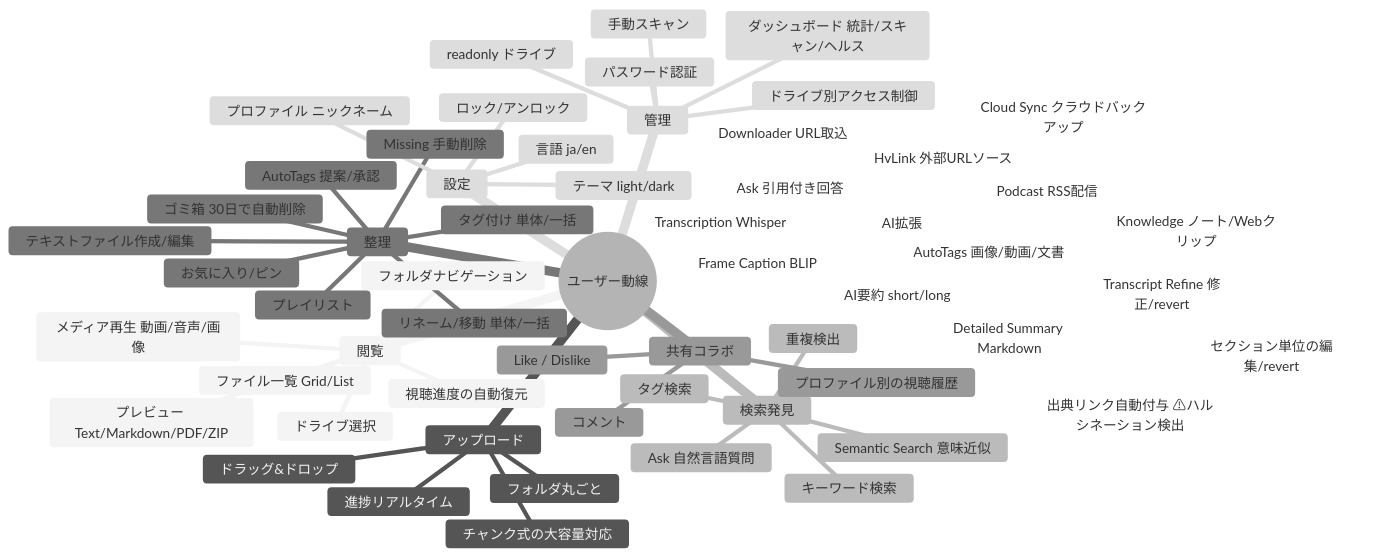
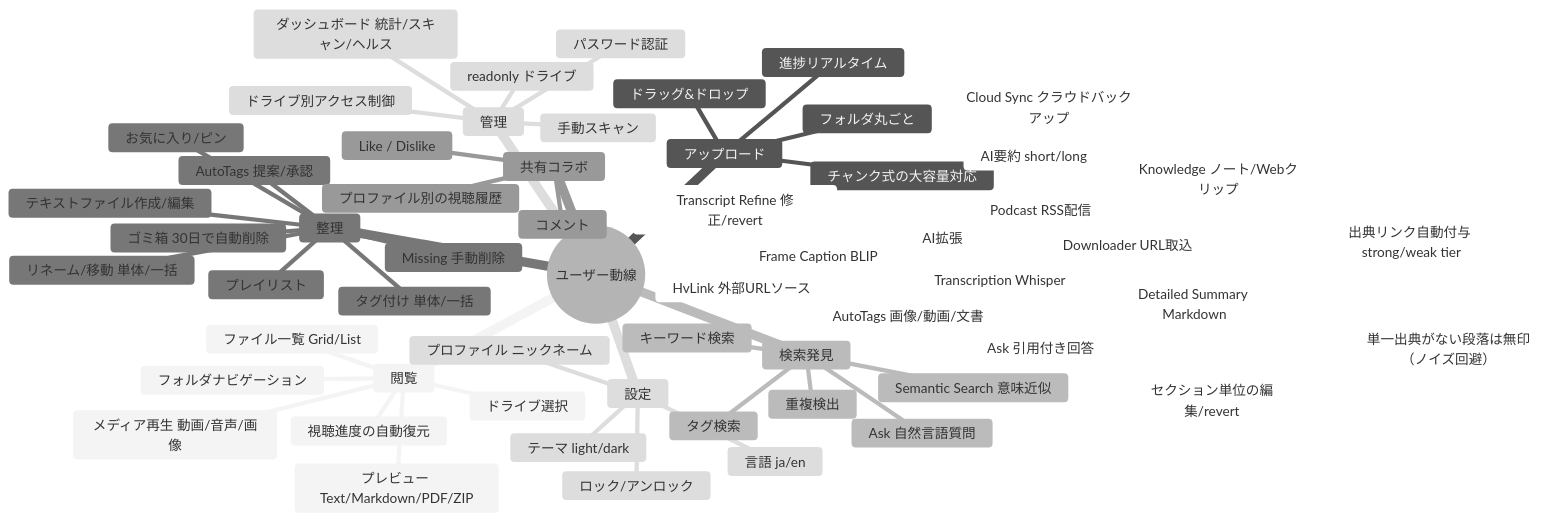
One commit to mamepenguin/Litloft changed the second of 6 diagrams in docs/FEATURE-MAP.md. Above: the diagram before and after it, drawn with Mermaid (neutral theme). The commit also changed 4 other files, not shown here.

````diff
--- a/docs/FEATURE-MAP.md
+++ b/docs/FEATURE-MAP.md
@@ -46,61 +46,62 @@
 ```mermaid
 mindmap
   root((ユーザー動線))
     閲覧
       ドライブ選択
       フォルダナビゲーション
       ファイル一覧 Grid/List
       メディア再生 動画/音声/画像
       プレビュー Text/Markdown/PDF/ZIP
       視聴進度の自動復元
     アップロード
       ドラッグ&ドロップ
       チャンク式の大容量対応
       フォルダ丸ごと
       進捗リアルタイム
     検索発見
       キーワード検索
       タグ検索
       重複検出
       Semantic Search 意味近似
       Ask 自然言語質問
     整理
       タグ付け 単体/一括
       プレイリスト
       お気に入り/ピン
       リネーム/移動 単体/一括
       テキストファイル作成/編集
       ゴミ箱 30日で自動削除
       Missing 手動削除
       AutoTags 提案/承認
     共有コラボ
       コメント
       Like / Dislike
       プロファイル別の視聴履歴
     管理
       パスワード認証
       ドライブ別アクセス制御
       readonly ドライブ
       ダッシュボード 統計/スキャン/ヘルス
       手動スキャン
     AI拡張
       AI要約 short/long
       Detailed Summary Markdown
-        出典リンク自動付与 ⚠ハルシネーション検出
+        出典リンク自動付与 strong/weak tier
+        単一出典がない段落は無印（ノイズ回避）
         セクション単位の編集/revert
       AutoTags 画像/動画/文書
       Ask 引用付き回答
       Transcript Refine 修正/revert
       Transcription Whisper
       Frame Caption BLIP
       Knowledge ノート/Webクリップ
       Downloader URL取込
       HvLink 外部URLソース
       Cloud Sync クラウドバックアップ
       Podcast RSS配信
     設定
       言語 ja/en
       テーマ light/dark
       プロファイル ニックネーム
       ロック/アンロック
 ```
````
